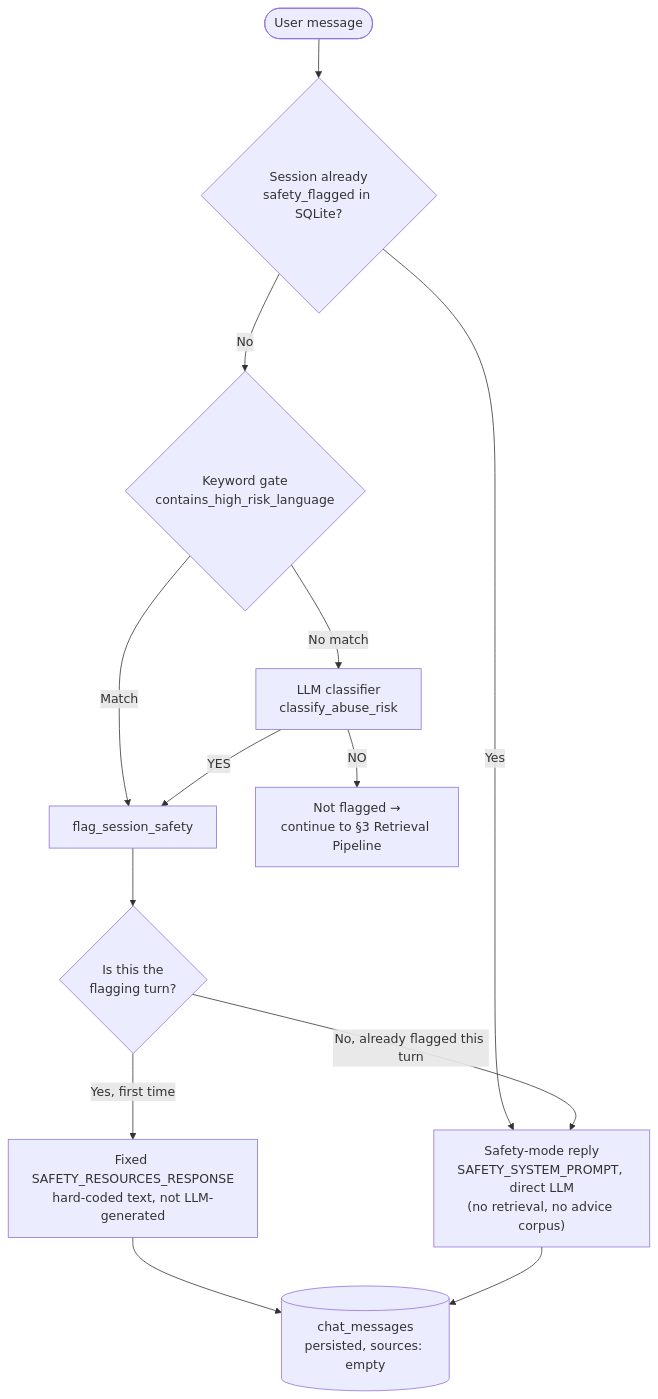
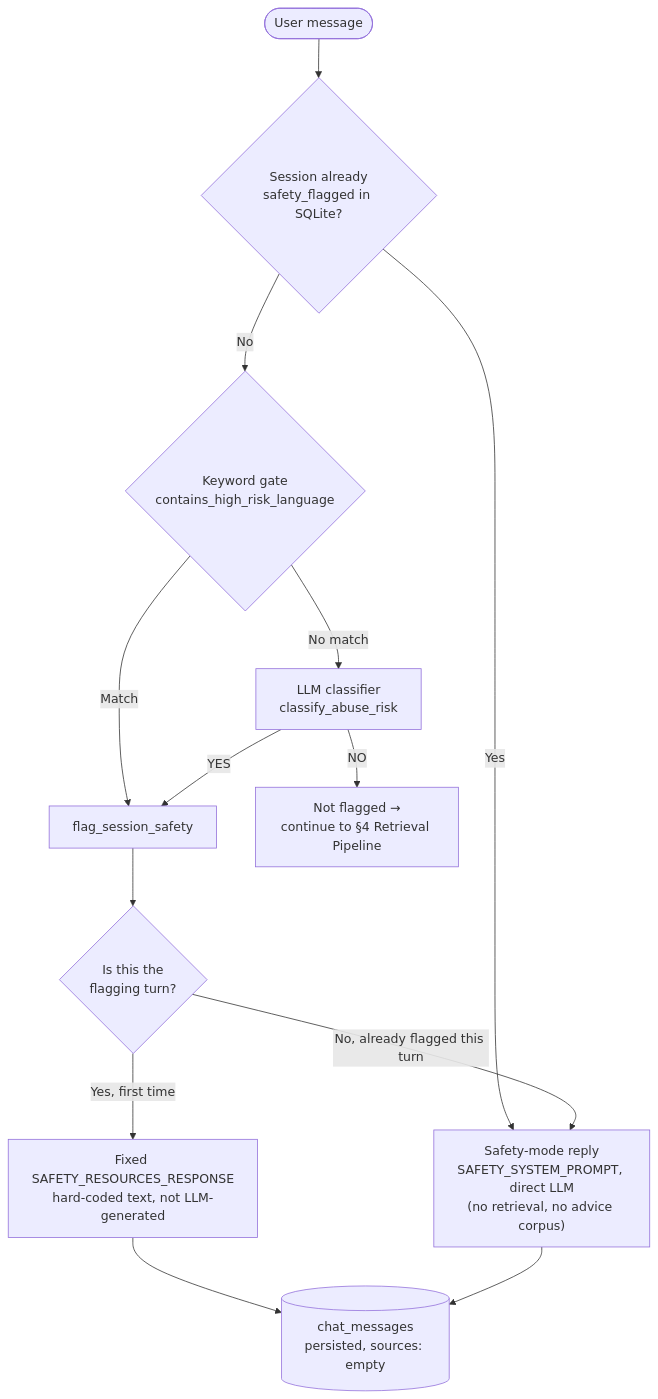
The fourth of 7 diagrams in docs/rag-architecture.md (yil479/happy-wife-gpt), drawn with Mermaid before and after one commit. The commit also changed other lines of this file, not shown here.

First line of the commit message:
Document request gating (auth, rate limiting, validation) in architecture doc

````diff
--- a/docs/rag-architecture.md
+++ b/docs/rag-architecture.md
@@ -92,15 +134,15 @@
 ```mermaid
 flowchart TD
     A([User message]) --> B{Session already<br/>safety_flagged in SQLite?}
     B -->|Yes| F["Safety-mode reply<br/>SAFETY_SYSTEM_PROMPT, direct LLM<br/>(no retrieval, no advice corpus)"]
     B -->|No| C{Keyword gate<br/>contains_high_risk_language}
     C -->|Match| D[flag_session_safety]
     C -->|No match| G[LLM classifier<br/>classify_abuse_risk]
     G -->|YES| D
-    G -->|NO| H[Not flagged →<br/>continue to §3 Retrieval Pipeline]
+    G -->|NO| H[Not flagged →<br/>continue to §4 Retrieval Pipeline]
     D --> E{Is this the<br/>flagging turn?}
     E -->|Yes, first time| I["Fixed SAFETY_RESOURCES_RESPONSE<br/>hard-coded text, not LLM-generated"]
     E -->|No, already flagged this turn| F
     I --> J[(chat_messages<br/>persisted, sources: empty)]
     F --> J
 ```
````
